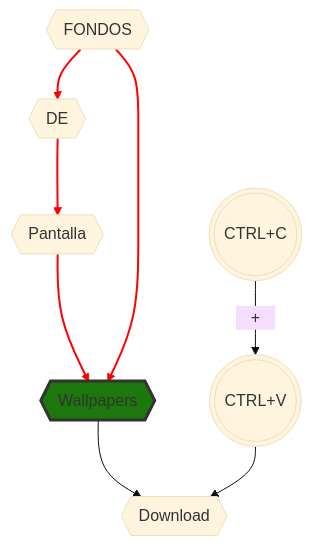
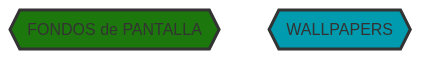
Before and after one commit to AlexArce2000/Fondos: the diagram in README.md, drawn with Mermaid (base theme). The commit also changed other lines of this file and 2 other files, not shown here.

Commit message:
style: add-wallpapers

````diff
--- a/README.md
+++ b/README.md
@@ -3,25 +3,11 @@
 ```mermaid
 graph TD
     
-    A{{FONDOS}}
-    B{{DE}} 
-    C{{Pantalla}} 
-    D{{Wallpapers}}
-    
-    A --> B
-    C --> D
-    B --> C
-    A --> D
-    G{{Download}}
-
-    E(((CTRL+C))) 
-    F(((CTRL+V)))
-    E --> |ㅤ+ㅤ| F
-    D --> G
-    F --> G
-    linkStyle 0,1,2,3 stroke:red,stroke-width:2px;
+    A{{FONDOS de PANTALLA}}
+    B{{WALLPAPERS}}
     classDef green fill:#1C780C,stroke:#333,stroke-width:3px;
-    class D green;
-
+    class A green;
+    classDef lightblue fill:#009BAE,stroke:#333,stroke-width:3px;
+    class B lightblue;
 
 ```
````
